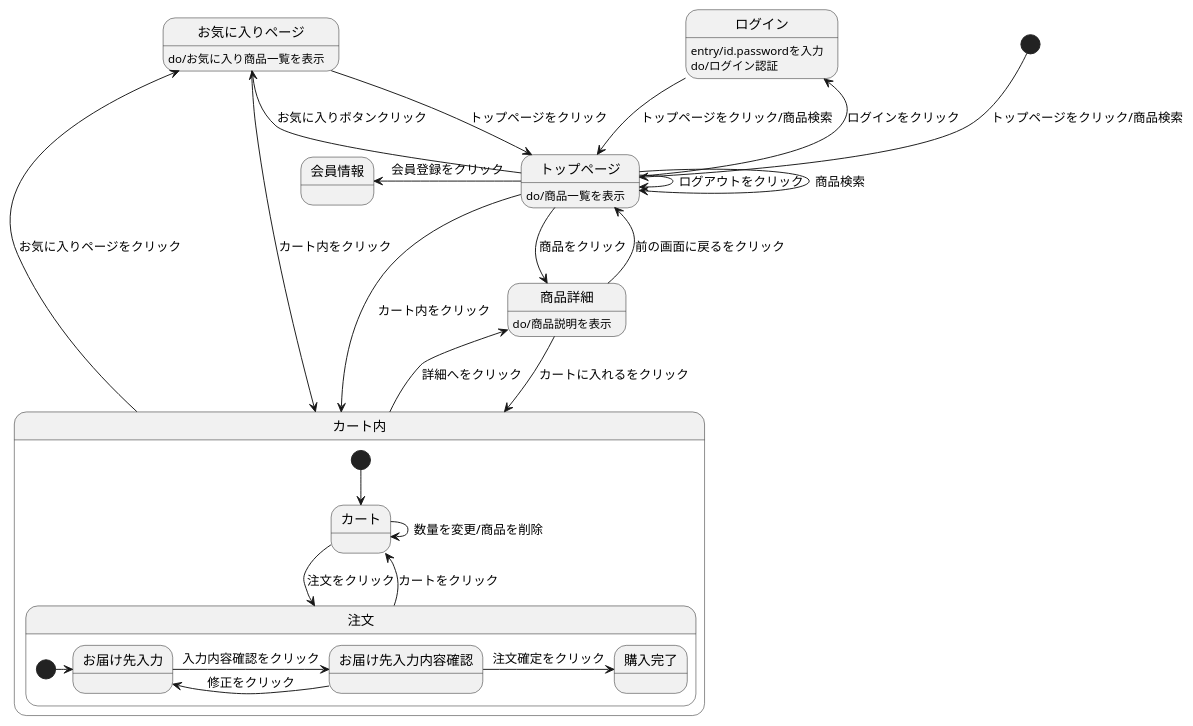
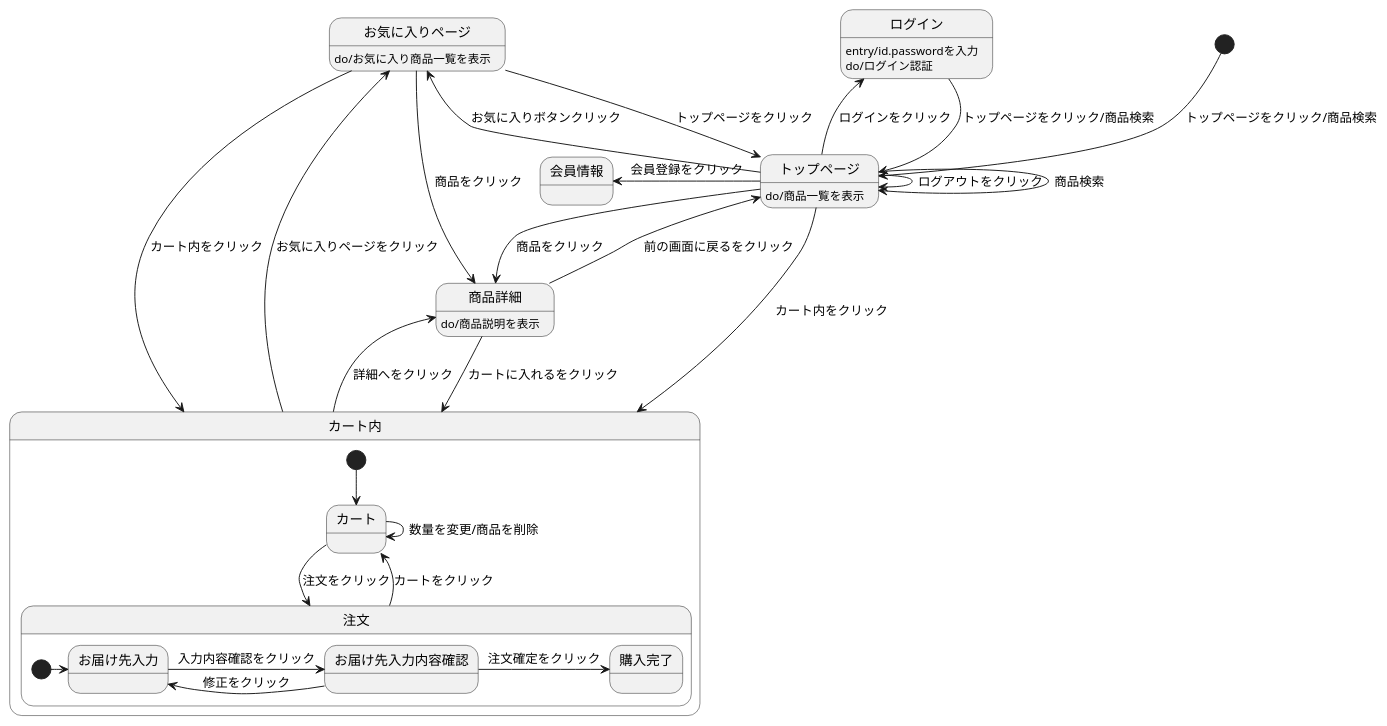
One commit to Aso2001207/2021sys-design changed the diagram in mystm.md. Above: the diagram before and after it, drawn with PlantUML.

````diff
--- a/mystm.md
+++ b/mystm.md
@@ -1,37 +1,38 @@
 ```uml
 @startuml
 [*] --> トップページ :トップページをクリック/商品検索
 ログイン --> トップページ :トップページをクリック/商品検索
 ログイン :entry/id.passwordを入力
 ログイン :do/ログイン認証
 トップページ --> トップページ :ログアウトをクリック
 トップページ --> トップページ :商品検索
 トップページ -> 商品詳細 :商品をクリック
 トップページ -left-> 会員情報 :会員登録をクリック
 トップページ -left-> ログイン :ログインをクリック
 トップページ --> カート内 :カート内をクリック
 トップページ -left-> お気に入りページ :お気に入りボタンクリック
 トップページ :do/商品一覧を表示
 商品詳細 --> カート内 :カートに入れるをクリック
 商品詳細 --> トップページ :前の画面に戻るをクリック
 商品詳細 :do/商品説明を表示
 お気に入りページ --> トップページ :トップページをクリック
 お気に入りページ --> カート内 :カート内をクリック
+お気に入りページ -> 商品詳細 :商品をクリック
 お気に入りページ :do/お気に入り商品一覧を表示
 カート内 -> 商品詳細 :詳細へをクリック
 カート内 -> お気に入りページ :お気に入りページをクリック
 
 state カート内 {
 [*] --> カート
 カート -> 注文 :注文をクリック
 カート -> カート :数量を変更/商品を削除
 注文 --> カート :カートをクリック
 state 注文 {
 [*] -> お届け先入力
 お届け先入力 -> お届け先入力内容確認 :入力内容確認をクリック
 お届け先入力内容確認 -> お届け先入力 :修正をクリック
 お届け先入力内容確認 -> 購入完了 :注文確定をクリック
 }
 }
 @enduml
 ```
````
